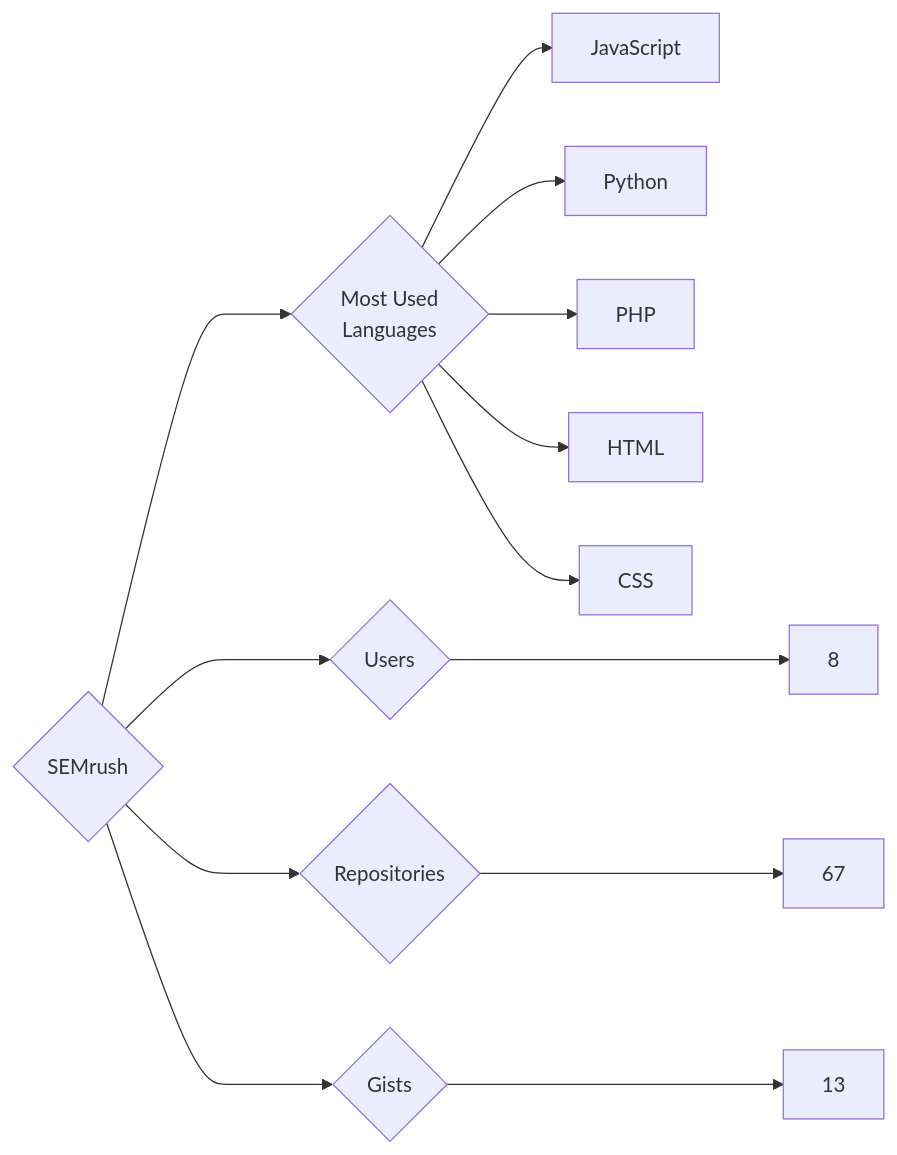
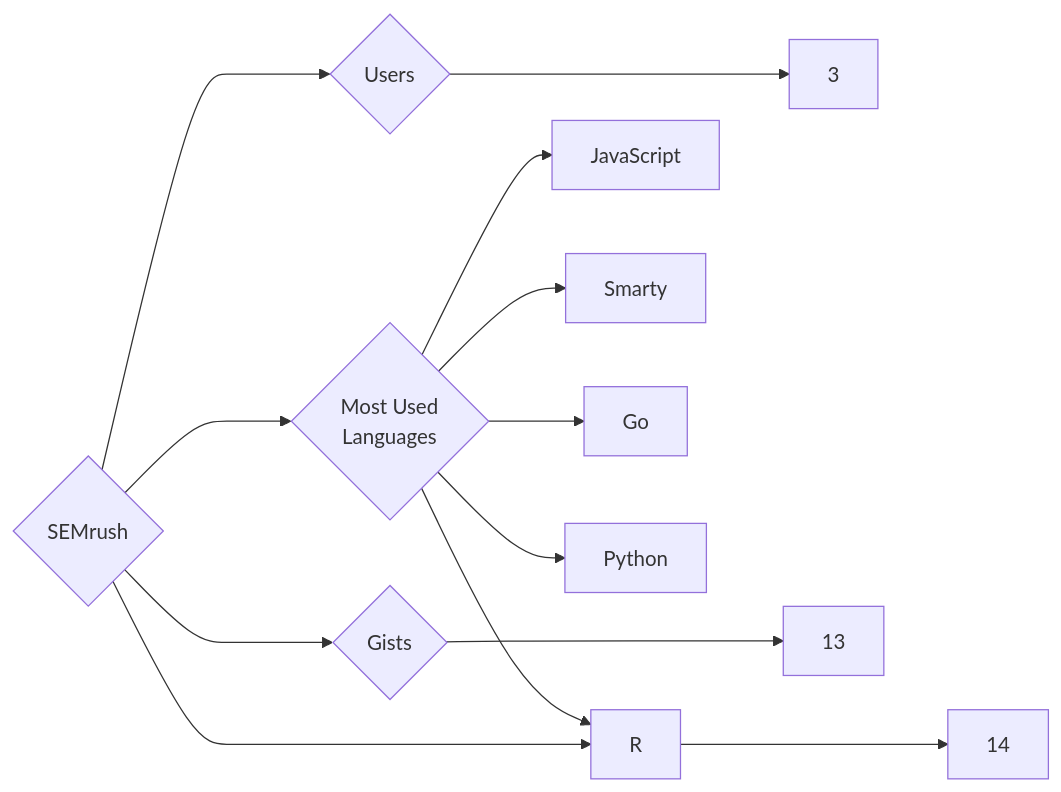
The diagram in targets/SEMrush/README.md (trickest/insiders), drawn with Mermaid before and after one commit. The commit also changed 1248 other files, not shown here.

````diff
--- a/targets/SEMrush/README.md
+++ b/targets/SEMrush/README.md
@@ -3,13 +3,13 @@
 ```mermaid
 graph LR
 COMPANY_NAME{SEMrush}
-COMPANY_NAME ---> U{Users} ---> UN[8]
-COMPANY_NAME ---> R{Repositories} ---> RN[67]
+COMPANY_NAME ---> U{Users} ---> UN[3]
+COMPANY_NAME ---> R{Repositories} ---> RN[14]
 COMPANY_NAME ---> G{Gists} ---> GN[13]
 COMPANY_NAME ---> ML{Most Used<br>Languages}
 ML --> JavaScript[JavaScript]
+ML --> Smarty[Smarty]
+ML --> Go[Go]
+ML --> R[R]
 ML --> Python[Python]
-ML --> PHP[PHP]
-ML --> HTML[HTML]
-ML --> CSS[CSS]
 ```
````
